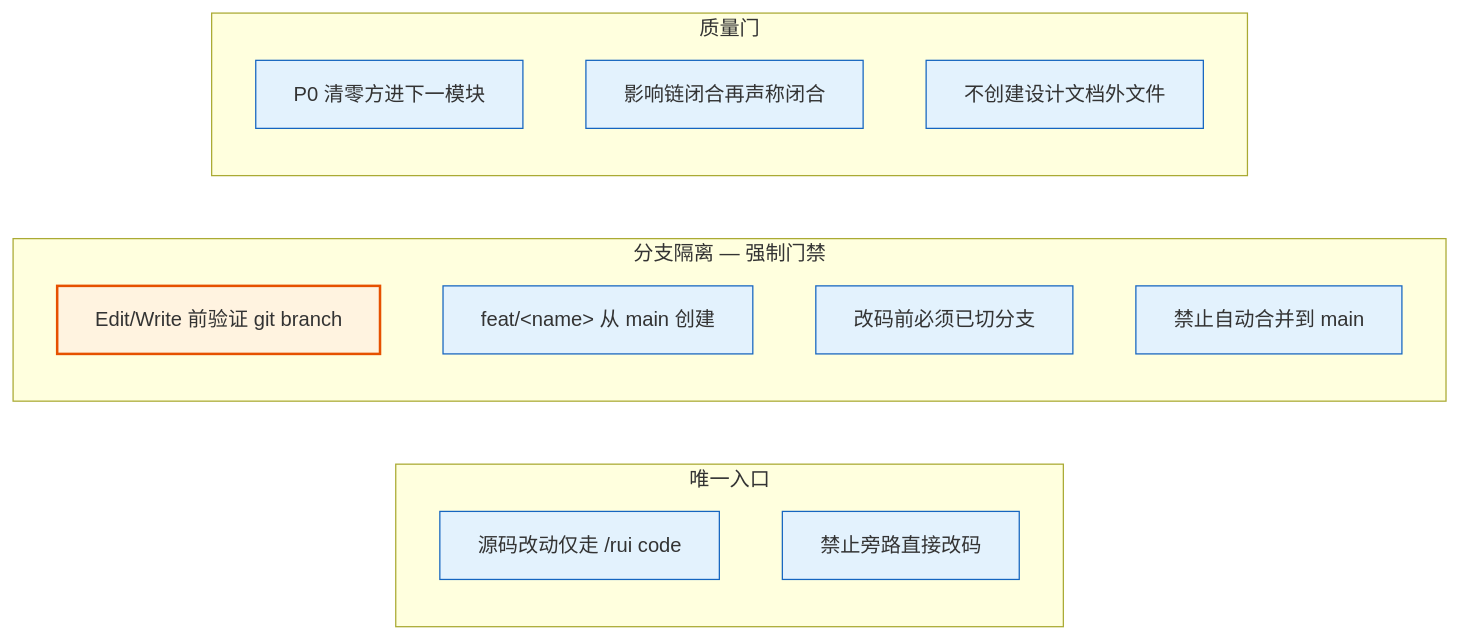
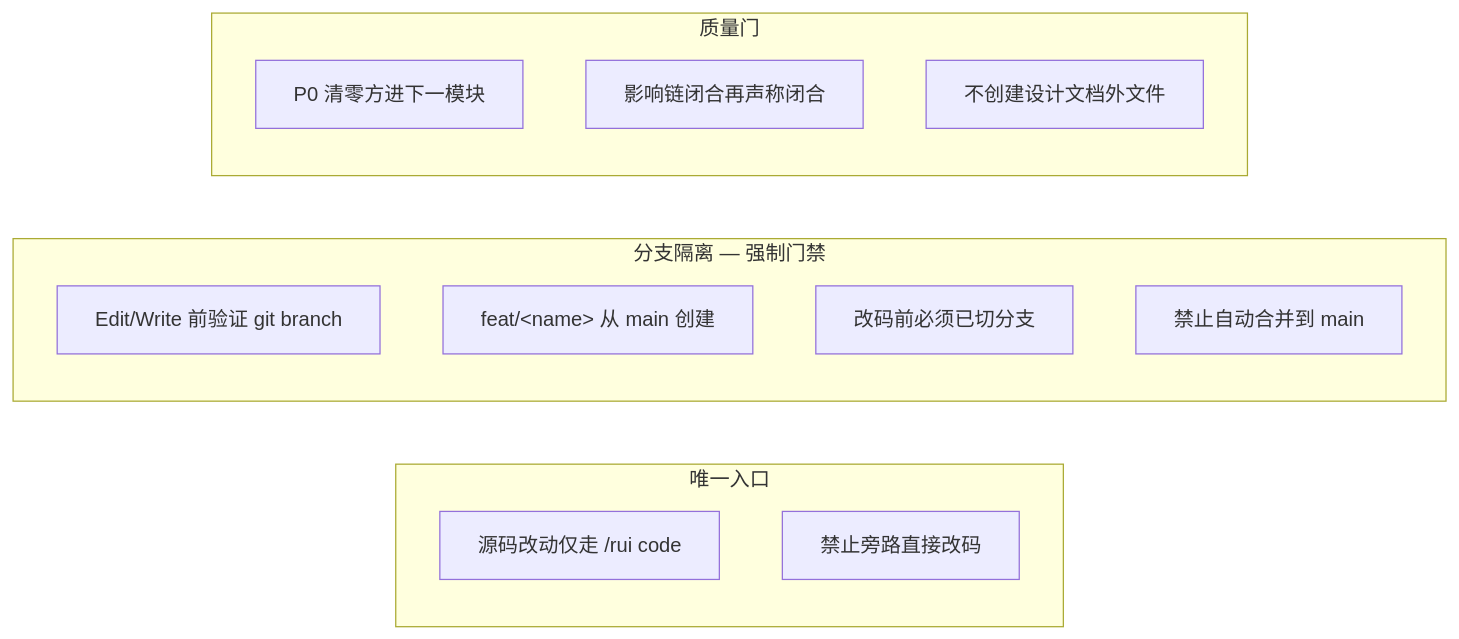
The second of 4 diagrams in agents/coder.md (effiy/YrY), drawn with Mermaid before and after one commit. The commit also changed other lines of this file and 9 other files, not shown here.

````diff
--- a/agents/coder.md
+++ b/agents/coder.md
@@ -43,21 +37,19 @@
 ```mermaid
 flowchart LR
     subgraph 入口["唯一入口"]
         R1["源码改动仅走 /rui code"]:::rule
         R2["禁止旁路直接改码"]:::rule
     end
     subgraph 分支["分支隔离 — 强制门禁"]
         R0["Edit/Write 前验证 git branch"]:::gate
         R3["feat/&lt;name&gt; 从 main 创建"]:::rule
         R4["改码前必须已切分支"]:::rule
         R5["禁止自动合并到 main"]:::rule
     end
     subgraph 质量["质量门"]
         R6["P0 清零方进下一模块"]:::rule
         R7["影响链闭合再声称闭合"]:::rule
         R8["不创建设计文档外文件"]:::rule
     end
 
-    classDef rule fill:#e3f2fd,stroke:#1565c0;
-    classDef gate fill:#fff3e0,stroke:#e65100,stroke-width:2px;
 ```
````
